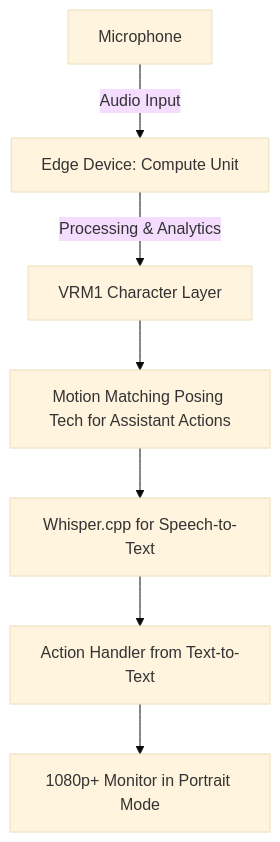
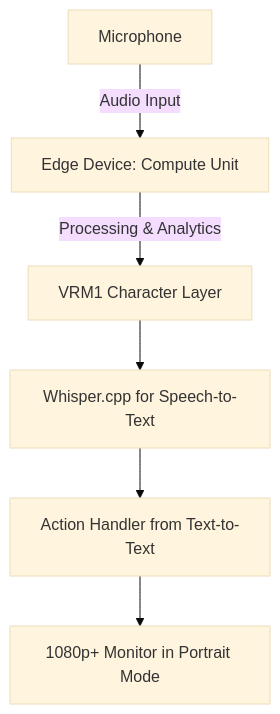
Before and after one commit to V-Sekai/manuals: the diagram in prototypes/20230908-bendable-screen-generative-assistant.md, drawn with Mermaid (base theme).

````diff
--- a/prototypes/20230908-bendable-screen-generative-assistant.md
+++ b/prototypes/20230908-bendable-screen-generative-assistant.md
@@ -50,9 +50,8 @@
 ```mermaid
 graph TD
 A[Edge Device: Compute Unit] -->|Processing & Analytics| B[VRM1 Character Layer]
-B --> C[Motion Matching Posing Tech for Assistant Actions]
-C --> D[Whisper.cpp for Speech-to-Text]
+B --> D[Whisper.cpp for Speech-to-Text]
 D --> E[Action Handler from Text-to-Text]
 E --> F[1080p+ Monitor in Portrait Mode]
 H[Microphone] -- Audio Input --> A
 ```
````
